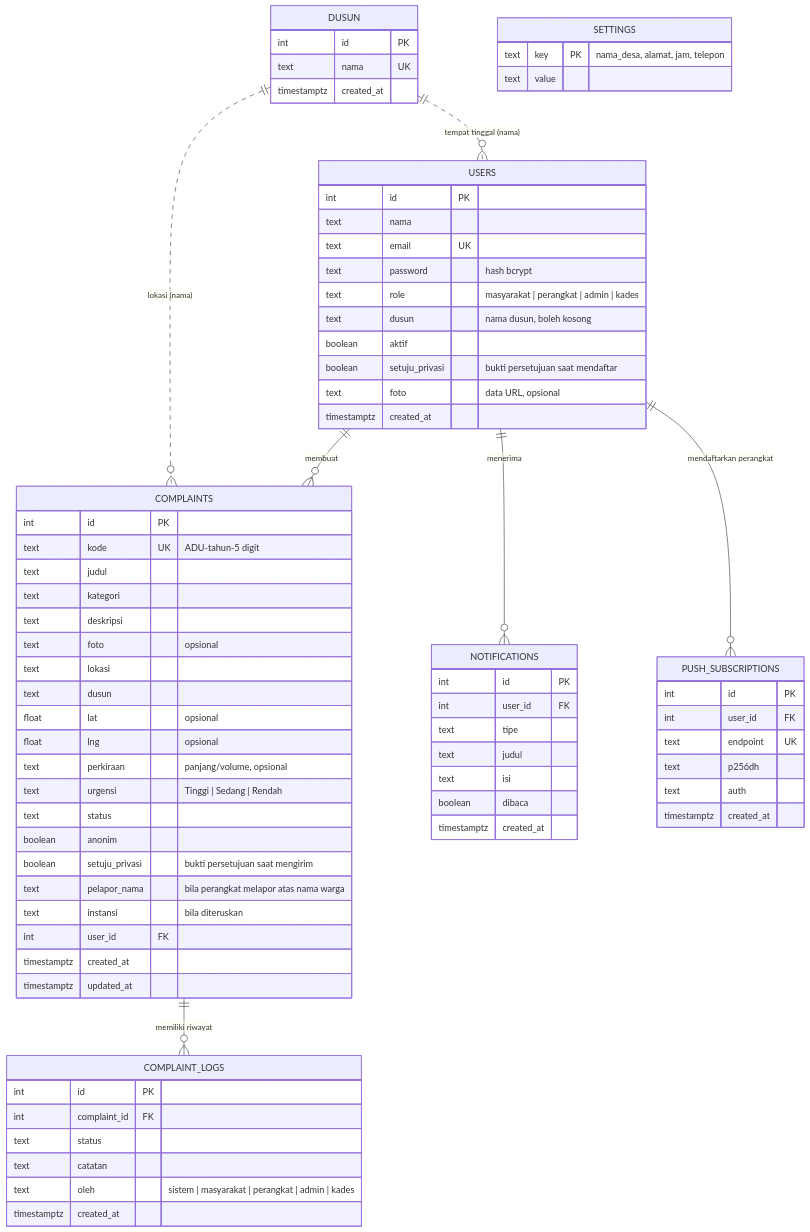
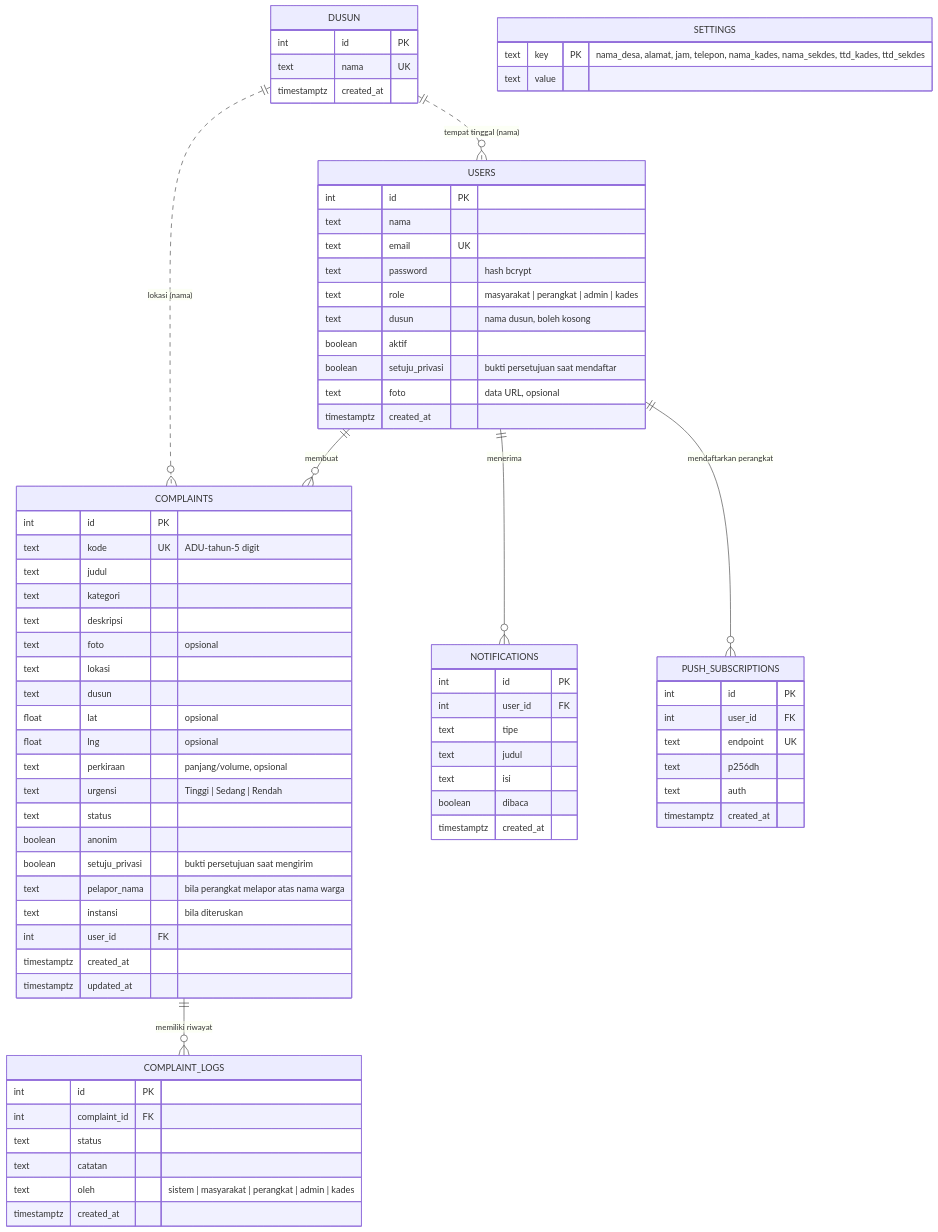
The diagram in docs/ERD.md (annamaulina654/infra-care), drawn with Mermaid before and after one commit. The commit also changed 20 other files, not shown here.

````diff
--- a/docs/ERD.md
+++ b/docs/ERD.md
@@ -5,78 +5,78 @@
 ```mermaid
 erDiagram
     USERS ||--o{ COMPLAINTS : "membuat"
     USERS ||--o{ NOTIFICATIONS : "menerima"
     USERS ||--o{ PUSH_SUBSCRIPTIONS : "mendaftarkan perangkat"
     COMPLAINTS ||--o{ COMPLAINT_LOGS : "memiliki riwayat"
     DUSUN ||..o{ USERS : "tempat tinggal (nama)"
     DUSUN ||..o{ COMPLAINTS : "lokasi (nama)"
 
     USERS {
         int id PK
         text nama
         text email UK
         text password "hash bcrypt"
         text role "masyarakat | perangkat | admin | kades"
         text dusun "nama dusun, boleh kosong"
         boolean aktif
         boolean setuju_privasi "bukti persetujuan saat mendaftar"
         text foto "data URL, opsional"
         timestamptz created_at
     }
     DUSUN {
         int id PK
         text nama UK
         timestamptz created_at
     }
     SETTINGS {
-        text key PK "nama_desa, alamat, jam, telepon"
+        text key PK "nama_desa, alamat, jam, telepon, nama_kades, nama_sekdes, ttd_kades, ttd_sekdes"
         text value
     }
     COMPLAINTS {
         int id PK
         text kode UK "ADU-tahun-5 digit"
         text judul
         text kategori
         text deskripsi
         text foto "opsional"
         text lokasi
         text dusun
         float lat "opsional"
         float lng "opsional"
         text perkiraan "panjang/volume, opsional"
         text urgensi "Tinggi | Sedang | Rendah"
         text status
         boolean anonim
         boolean setuju_privasi "bukti persetujuan saat mengirim"
         text pelapor_nama "bila perangkat melapor atas nama warga"
         text instansi "bila diteruskan"
         int user_id FK
         timestamptz created_at
         timestamptz updated_at
     }
     COMPLAINT_LOGS {
         int id PK
         int complaint_id FK
         text status
         text catatan
         text oleh "sistem | masyarakat | perangkat | admin | kades"
         timestamptz created_at
     }
     NOTIFICATIONS {
         int id PK
         int user_id FK
         text tipe
         text judul
         text isi
         boolean dibaca
         timestamptz created_at
     }
     PUSH_SUBSCRIPTIONS {
         int id PK
         int user_id FK
         text endpoint UK
         text p256dh
         text auth
         timestamptz created_at
     }
 ```
````
